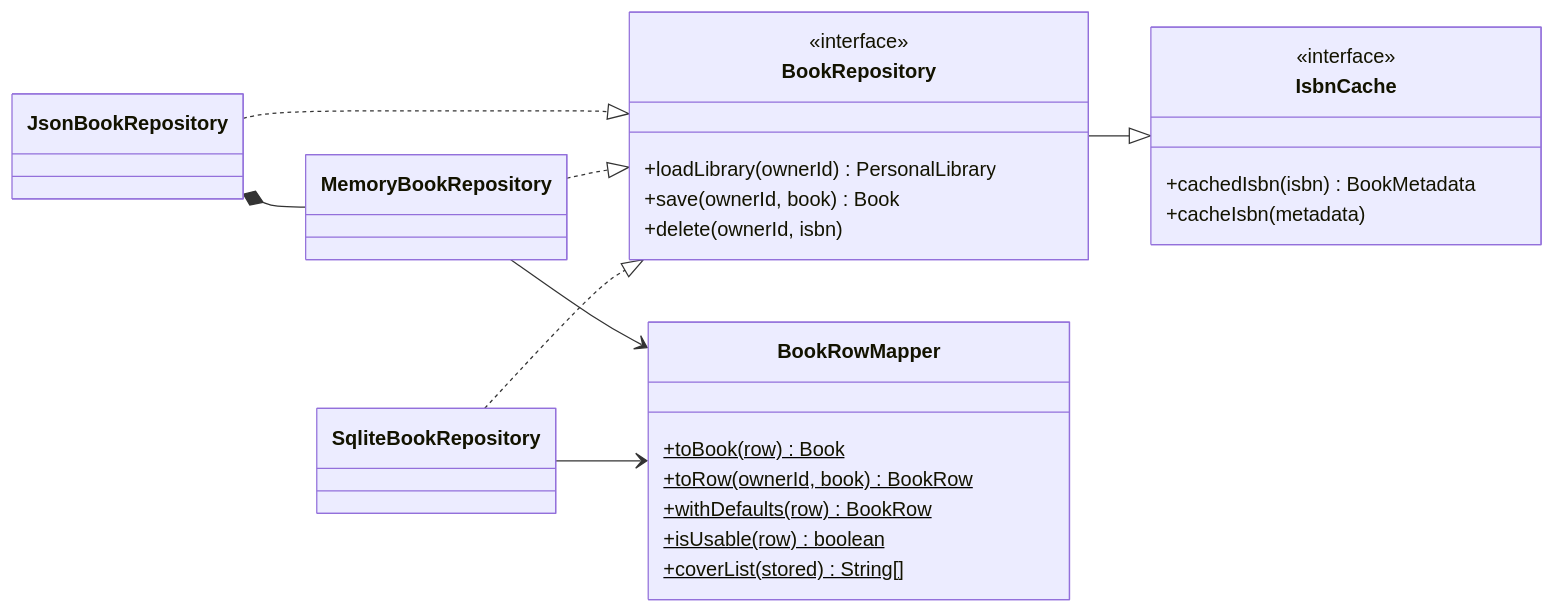
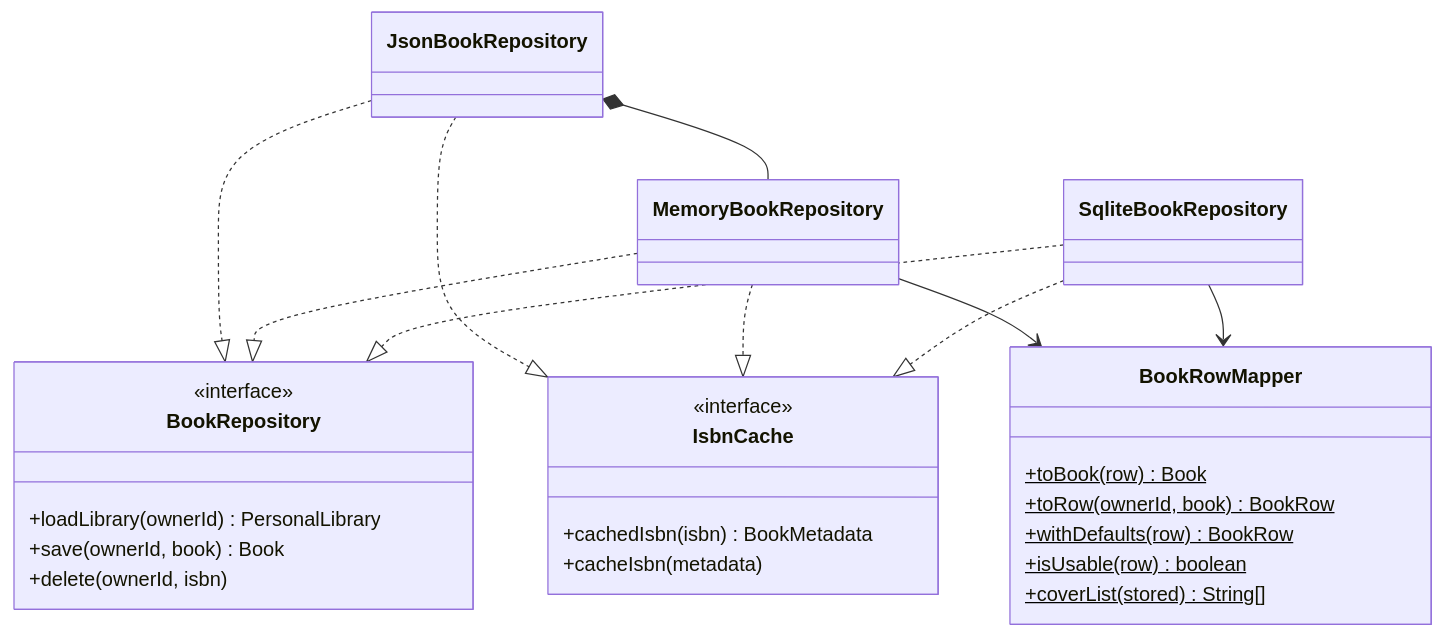
One commit to ghechavarria/cen5064-project-hechavarria changed the diagram in docs/design/diagrams/iface-data.mmd. Above: the diagram before and after it, drawn with Mermaid. The commit also changed 15 other files, not shown here.

First line of the commit message:
solid-refactor: Interface Segregation (split BookRepository from IsbnCache)

```diff
--- a/docs/design/diagrams/iface-data.mmd
+++ b/docs/design/diagrams/iface-data.mmd
@@ -1,27 +1,29 @@
 classDiagram
-    direction LR
+    direction TB
     class BookRepository {
         <<interface>>
         +loadLibrary(ownerId) PersonalLibrary
         +save(ownerId, book) Book
         +delete(ownerId, isbn)
     }
     class IsbnCache {
         <<interface>>
         +cachedIsbn(isbn) BookMetadata
         +cacheIsbn(metadata)
     }
     class BookRowMapper {
         +toBook(row)$ Book
         +toRow(ownerId, book)$ BookRow
         +withDefaults(row)$ BookRow
         +isUsable(row)$ boolean
         +coverList(stored)$ String[]
     }
-    BookRepository --|> IsbnCache
     SqliteBookRepository ..|> BookRepository
     MemoryBookRepository ..|> BookRepository
     JsonBookRepository ..|> BookRepository
+    SqliteBookRepository ..|> IsbnCache
+    MemoryBookRepository ..|> IsbnCache
+    JsonBookRepository ..|> IsbnCache
     JsonBookRepository *-- MemoryBookRepository
     SqliteBookRepository --> BookRowMapper
     MemoryBookRepository --> BookRowMapper
```
